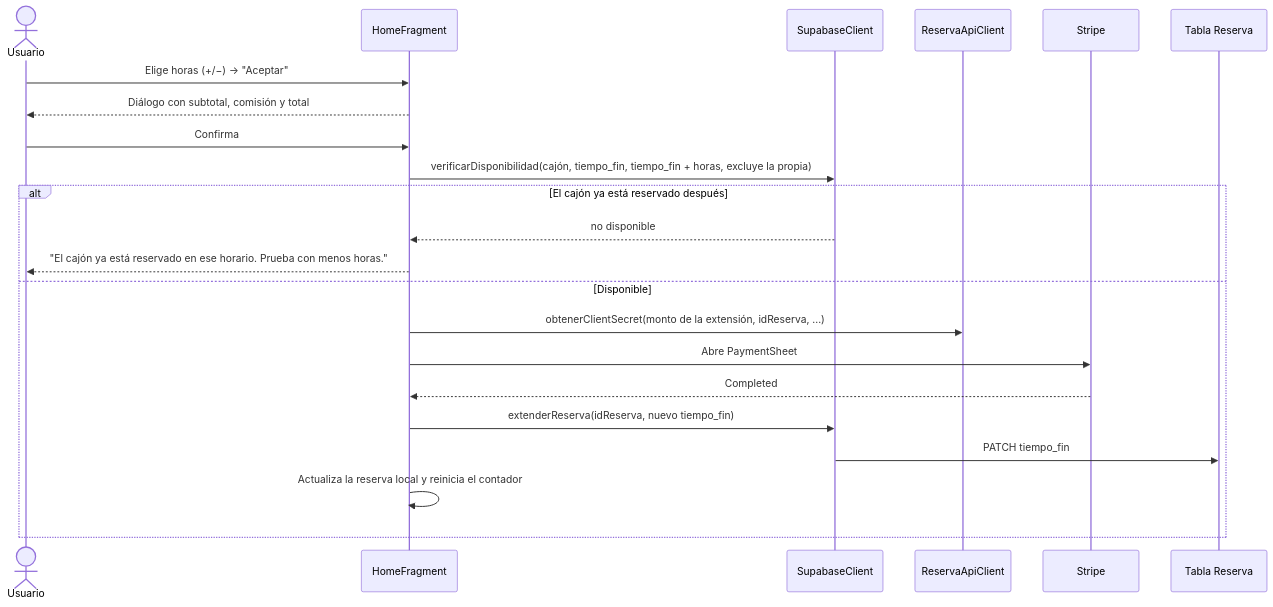
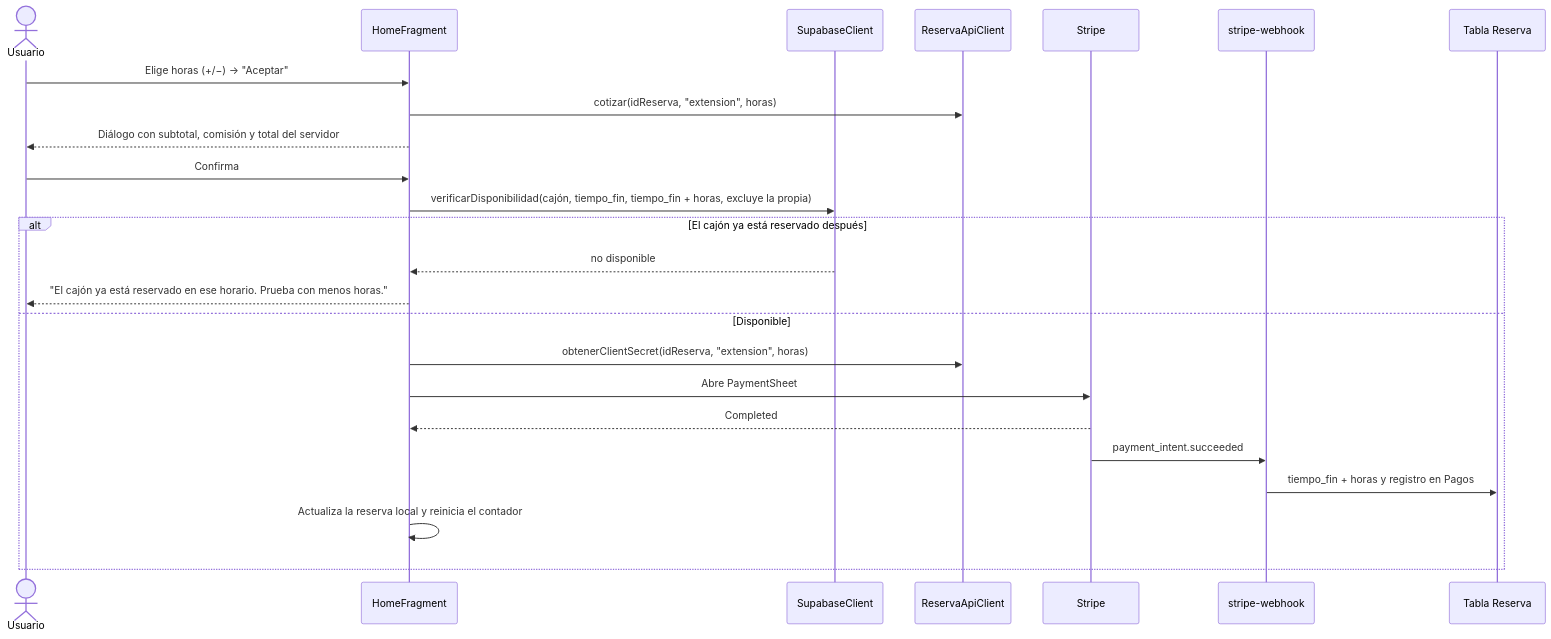
One commit to albertgatez/SmartParking changed the fifth of 5 diagrams in docs/technical/Application/Flujo de reservas.md. Above: the diagram before and after it, drawn with Mermaid. The commit also changed other lines of this file and 44 other files, not shown here.

````diff
--- a/docs/technical/Application/Flujo de reservas.md
+++ b/docs/technical/Application/Flujo de reservas.md
@@ -193,25 +197,27 @@
 ```mermaid
 sequenceDiagram
     actor U as Usuario
     participant H as HomeFragment
     participant C as SupabaseClient
     participant API as ReservaApiClient
     participant ST as Stripe
+    participant W as stripe-webhook
     participant DB as Tabla Reserva
 
     U->>H: Elige horas (+/−) → "Aceptar"
-    H-->>U: Diálogo con subtotal, comisión y total
+    H->>API: cotizar(idReserva, "extension", horas)
+    H-->>U: Diálogo con subtotal, comisión y total del servidor
     U->>H: Confirma
     H->>C: verificarDisponibilidad(cajón, tiempo_fin, tiempo_fin + horas, excluye la propia)
     alt El cajón ya está reservado después
         C-->>H: no disponible
         H-->>U: "El cajón ya está reservado en ese horario. Prueba con menos horas."
     else Disponible
-        H->>API: obtenerClientSecret(monto de la extensión, idReserva, ...)
+        H->>API: obtenerClientSecret(idReserva, "extension", horas)
         H->>ST: Abre PaymentSheet
         ST-->>H: Completed
-        H->>C: extenderReserva(idReserva, nuevo tiempo_fin)
-        C->>DB: PATCH tiempo_fin
+        ST->>W: payment_intent.succeeded
+        W->>DB: tiempo_fin + horas y registro en Pagos
         H->>H: Actualiza la reserva local y reinicia el contador
     end
 ```
````
